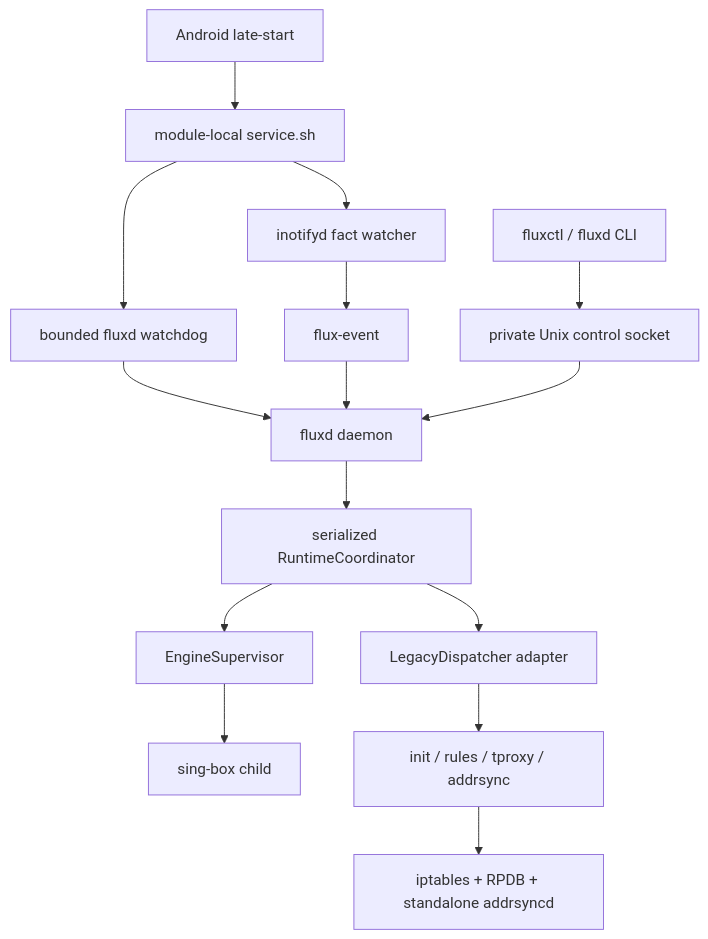
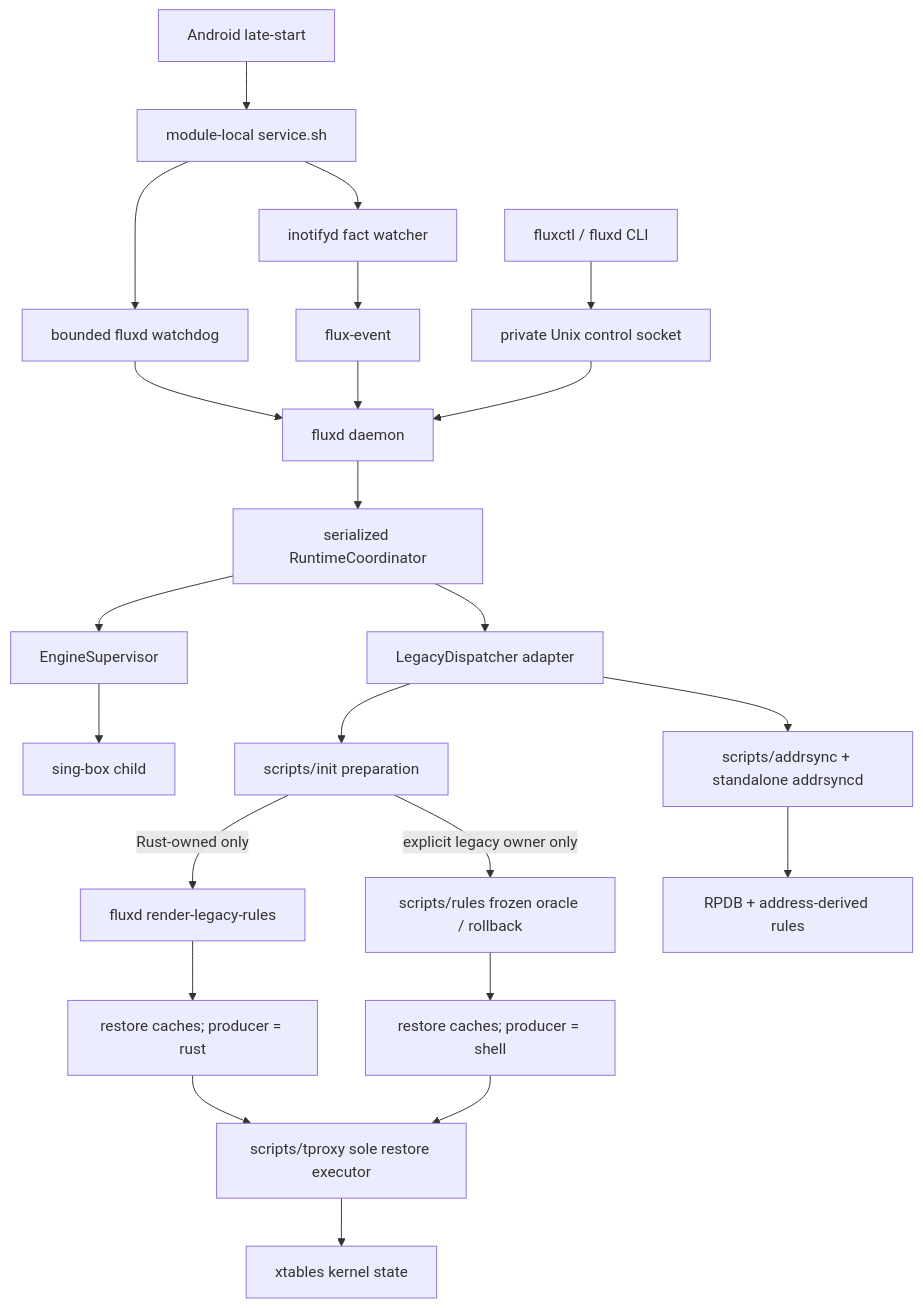
One commit to Chth1z/Flux changed the diagram in README.md. Above: the diagram before and after it, drawn with Mermaid. The commit also changed other lines of this file and 8 other files, not shown here.

Commit message:
docs: record Rust xtables generation bridge

````diff
--- a/README.md
+++ b/README.md
@@ -63,17 +70,25 @@
 ```mermaid
 flowchart TD
     Boot["Android late-start"] --> Service["module-local service.sh"]
     Service --> Watchdog["bounded fluxd watchdog"]
     Watchdog --> Fluxd["fluxd daemon"]
     Service --> Inotify["inotifyd fact watcher"]
     Inotify --> Event["flux-event"]
     Event --> Fluxd
     CLI["fluxctl / fluxd CLI"] --> Socket["private Unix control socket"]
     Socket --> Fluxd
     Fluxd --> Coordinator["serialized RuntimeCoordinator"]
     Coordinator --> Engine["EngineSupervisor"]
     Engine --> SingBox["sing-box child"]
     Coordinator --> Bridge["LegacyDispatcher adapter"]
-    Bridge --> Rules["init / rules / tproxy / addrsync"]
-    Rules --> Kernel["iptables + RPDB + standalone addrsyncd"]
+    Bridge --> Init["scripts/init preparation"]
+    Init -->|"Rust-owned only"| Renderer["fluxd render-legacy-rules"]
+    Init -->|"explicit legacy owner only"| Oracle["scripts/rules frozen oracle / rollback"]
+    Renderer --> Cache["restore caches; producer = rust"]
+    Oracle --> CacheLegacy["restore caches; producer = shell"]
+    Cache --> Tproxy["scripts/tproxy sole restore executor"]
+    CacheLegacy --> Tproxy
+    Tproxy --> Kernel["xtables kernel state"]
+    Bridge --> AddrSync["scripts/addrsync + standalone addrsyncd"]
+    AddrSync --> KernelPolicy["RPDB + address-derived rules"]
 ```
````
